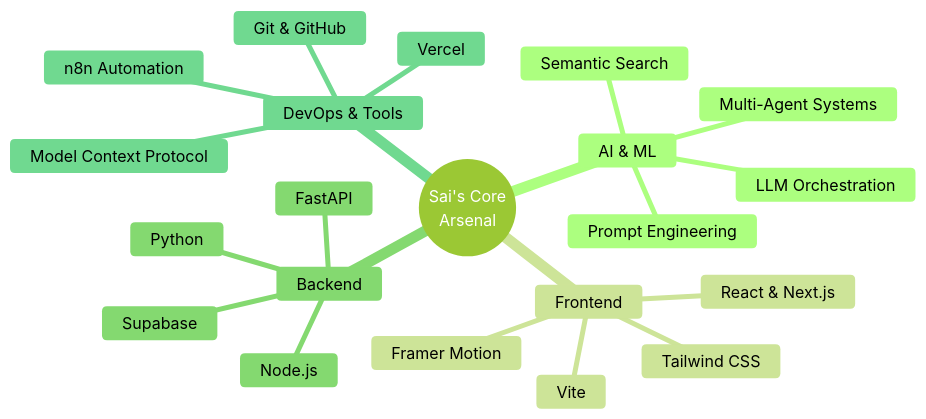
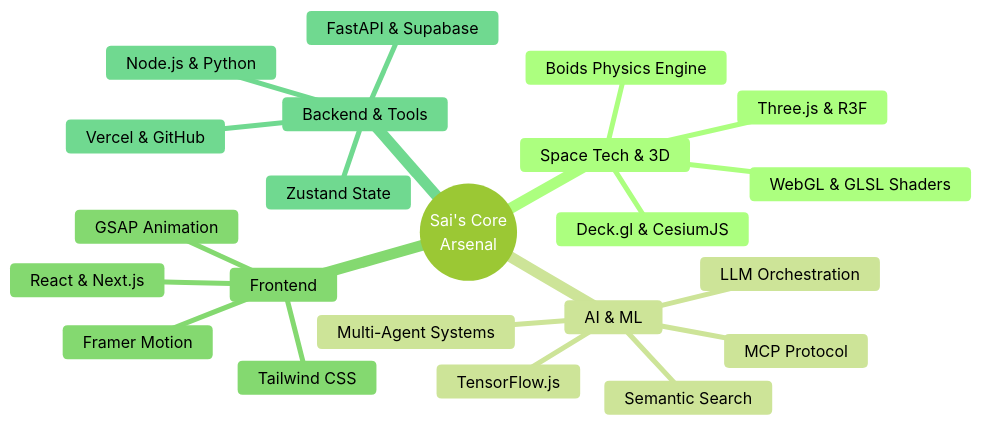
Before and after one commit to saichintamani/saichintamani: the second of 3 diagrams in README.md, drawn with Mermaid (forest theme). The commit also changed other lines of this file, not shown here.

Commit message:
feat: massively upgraded profile — Lumina ISRO + MCP flagship highlights, animated architecture, full project table, GitHub analytics

````diff
--- a/README.md
+++ b/README.md
@@ -80,24 +225,26 @@
 ```mermaid
 mindmap
-  root((Sai's Core<br/>Arsenal))
+  root((Sai's Core
+Arsenal))
+    Space Tech & 3D
+      Three.js & R3F
+      WebGL & GLSL Shaders
+      Boids Physics Engine
+      Deck.gl & CesiumJS
     AI & ML
       LLM Orchestration
-      Prompt Engineering
+      MCP Protocol
       Semantic Search
       Multi-Agent Systems
+      TensorFlow.js
     Frontend
       React & Next.js
       Tailwind CSS
-      Vite
       Framer Motion
-    Backend
-      Node.js
-      Python
-      FastAPI
-      Supabase
-    DevOps & Tools
-      Git & GitHub
-      Vercel
-      Model Context Protocol
-      n8n Automation
+      GSAP Animation
+    Backend & Tools
+      Node.js & Python
+      FastAPI & Supabase
+      Zustand State
+      Vercel & GitHub
 ```
````
